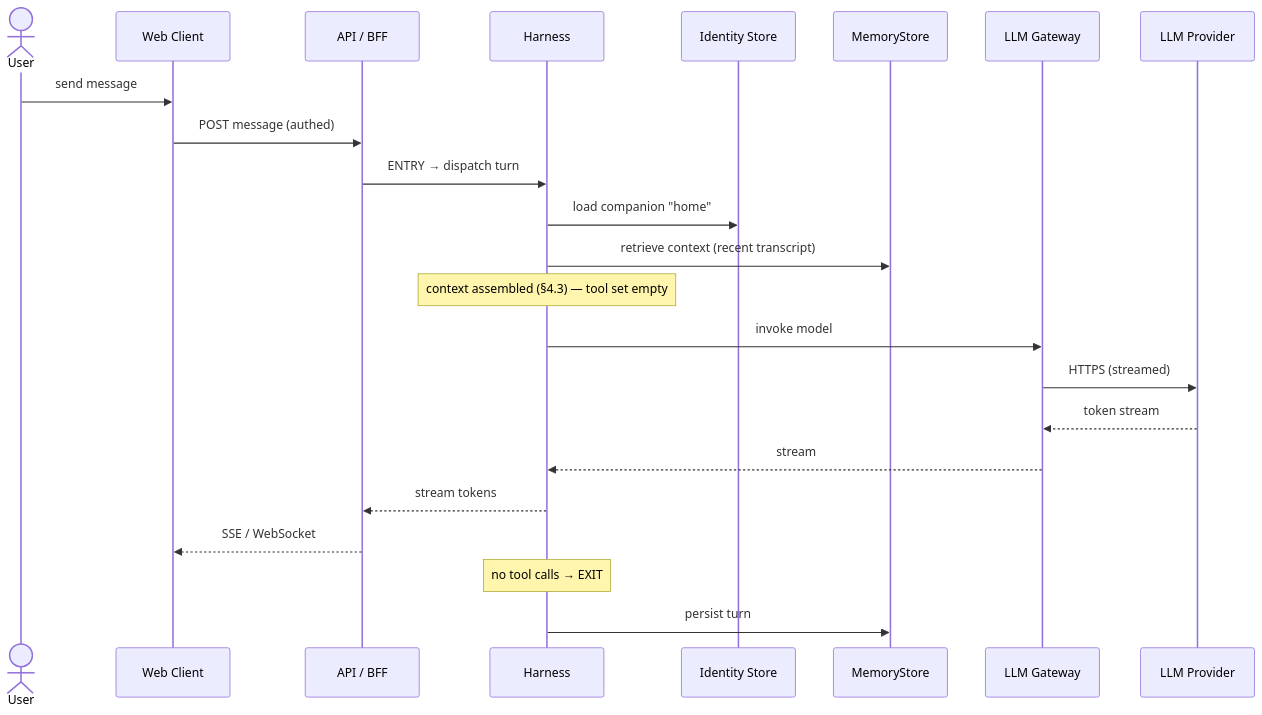
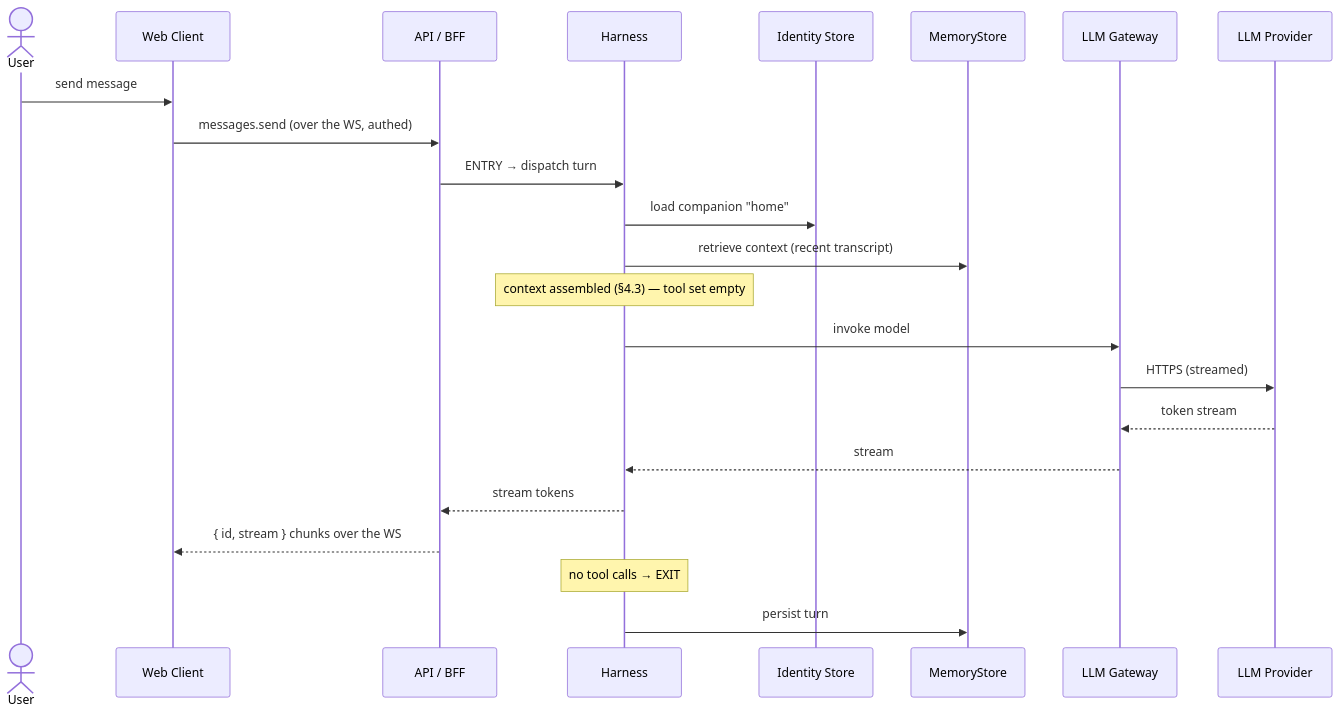
Before and after one commit to CobbleStamp/CobbleCompanion: the ninth of 12 diagrams in docs/architecture.md, drawn with Mermaid. The commit also changed other lines of this file and 2 other files, not shown here.

````diff
--- a/docs/architecture.md
+++ b/docs/architecture.md
@@ -598,26 +598,26 @@
 ```mermaid
 sequenceDiagram
     actor User
     participant Web as Web Client
     participant API as API / BFF
     participant H as Harness
     participant Id as Identity Store
     participant Mem as MemoryStore
     participant GW as LLM Gateway
     participant LLM as LLM Provider
 
     User->>Web: send message
-    Web->>API: POST message (authed)
+    Web->>API: messages.send (over the WS, authed)
     API->>H: ENTRY → dispatch turn
     H->>Id: load companion "home"
     H->>Mem: retrieve context (recent transcript)
     Note over H: context assembled (§4.3) — tool set empty
     H->>GW: invoke model
     GW->>LLM: HTTPS (streamed)
     LLM-->>GW: token stream
     GW-->>H: stream
     H-->>API: stream tokens
-    API-->>Web: SSE / WebSocket
+    API-->>Web: { id, stream } chunks over the WS
     Note over H: no tool calls → EXIT
     H->>Mem: persist turn
 ```
````
